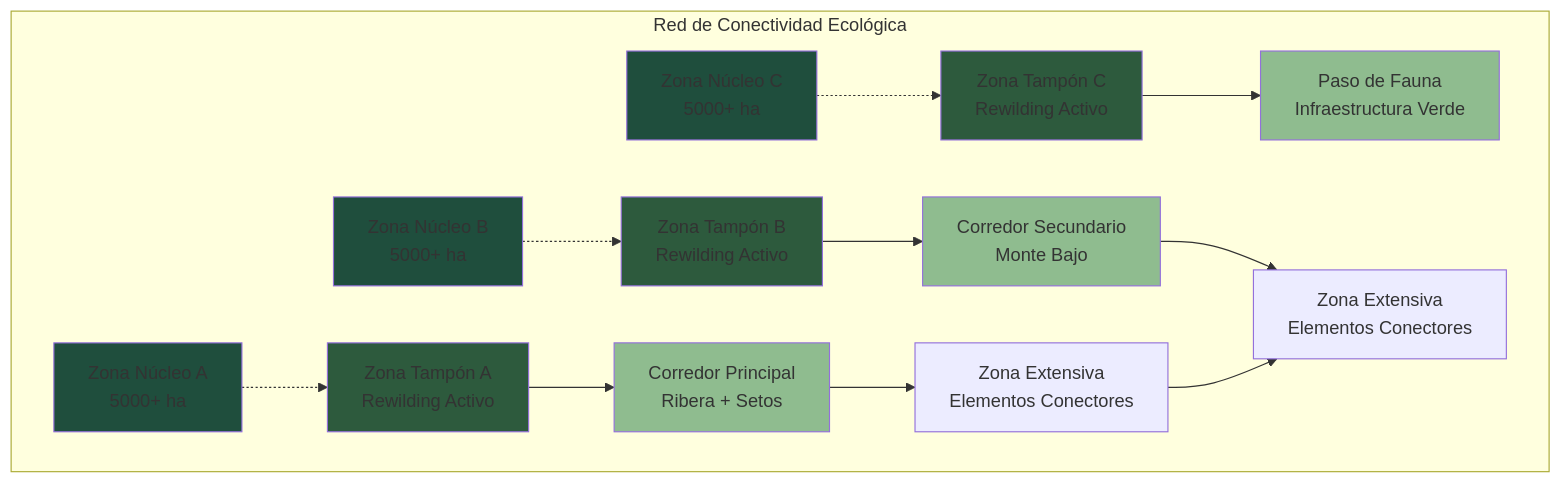
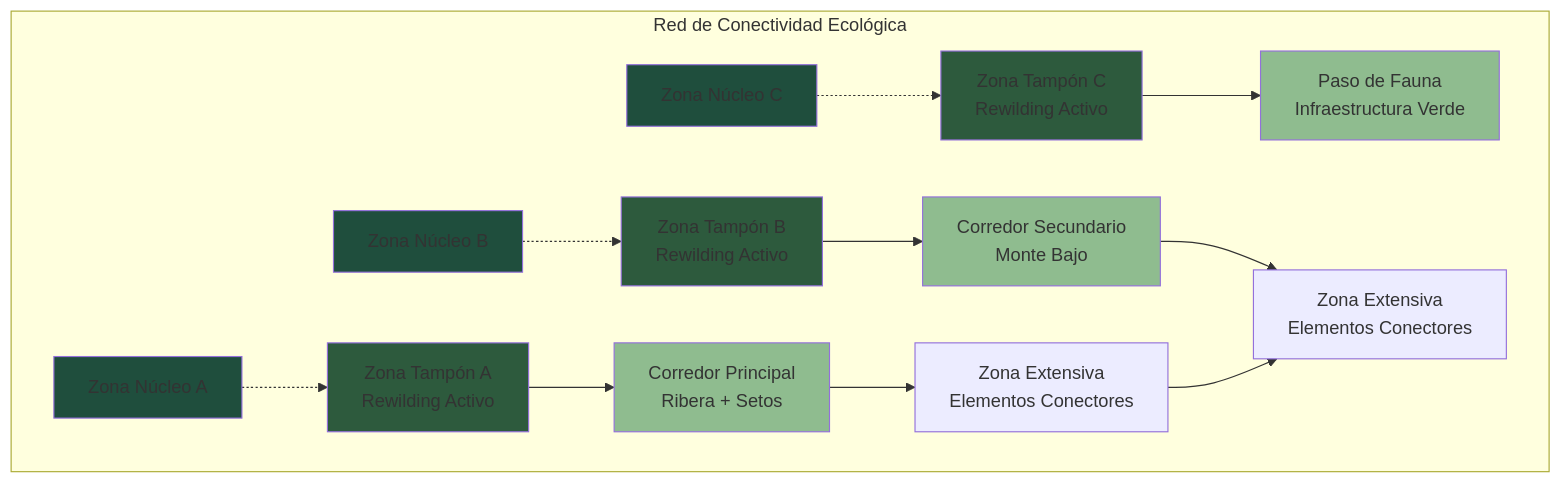
One commit to perpetuocambio/annotations changed the second of 3 diagrams in sociologia/gestion-medioambiental.md. Above: the diagram before and after it, drawn with Mermaid. The commit also changed other lines of this file, not shown here.

````diff
--- a/sociologia/gestion-medioambiental.md
+++ b/sociologia/gestion-medioambiental.md
@@ -217,39 +218,39 @@
 ```mermaid
 graph TB
     subgraph "Red de Conectividad Ecológica"
-        N1[Zona Núcleo A<br/>5000+ ha] 
-        N2[Zona Núcleo B<br/>5000+ ha]
-        N3[Zona Núcleo C<br/>5000+ ha]
+        N1[Zona Núcleo A] 
+        N2[Zona Núcleo B]
+        N3[Zona Núcleo C]
         
         T1[Zona Tampón A<br/>Rewilding Activo]
         T2[Zona Tampón B<br/>Rewilding Activo]
         T3[Zona Tampón C<br/>Rewilding Activo]
         
         C1[Corredor Principal<br/>Ribera + Setos]
         C2[Corredor Secundario<br/>Monte Bajo]
         C3[Paso de Fauna<br/>Infraestructura Verde]
         
         E1[Zona Extensiva<br/>Elementos Conectores]
         E2[Zona Extensiva<br/>Elementos Conectores]
     end
     
     N1 -.-> T1
     N2 -.-> T2  
     N3 -.-> T3
     T1 --> C1
     T2 --> C2
     T3 --> C3
     C1 --> E1
     C2 --> E2
     E1 --> E2
     
     style N1 fill:#1f4e3d
     style N2 fill:#1f4e3d  
     style N3 fill:#1f4e3d
     style T1 fill:#2d5a3d
     style T2 fill:#2d5a3d
     style T3 fill:#2d5a3d
     style C1 fill:#8fbc8f
     style C2 fill:#8fbc8f
     style C3 fill:#8fbc8f
 ```
````
